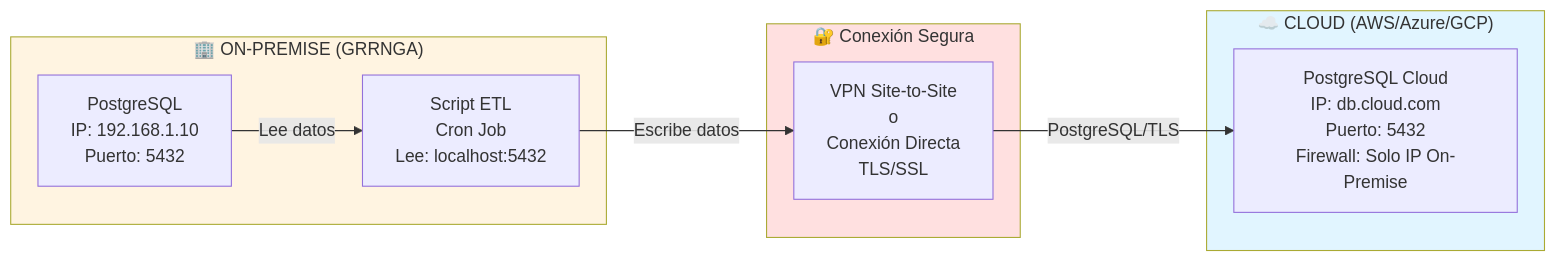
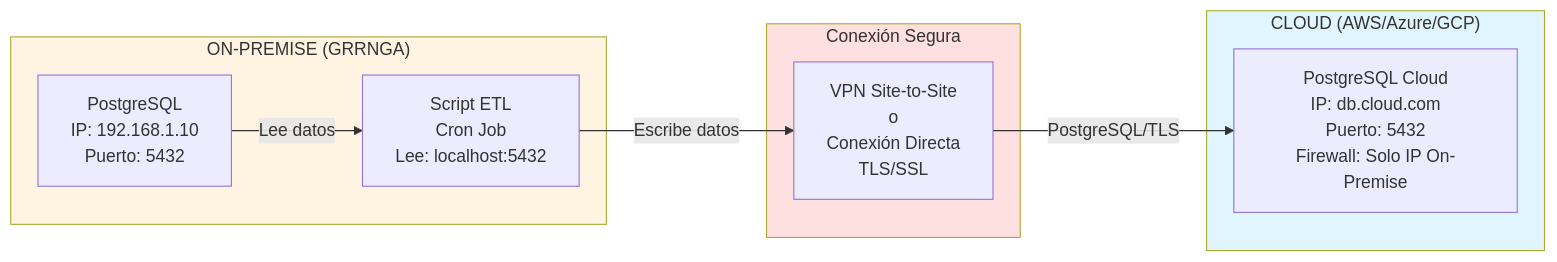
Before and after one commit to cesarujos2/SIAR: the third of 3 diagrams in README.md, drawn with Mermaid. The commit also changed other lines of this file, not shown here.

````diff
--- a/README.md
+++ b/README.md
@@ -1434,23 +1434,23 @@
 ```mermaid
 graph LR
-    subgraph ONPREM["🏢 ON-PREMISE (GRRNGA)"]
+    subgraph ONPREM["ON-PREMISE (GRRNGA)"]
         POSTGRES_LOCAL[PostgreSQL<br/>IP: 192.168.1.10<br/>Puerto: 5432]
         ETL_CRON[Script ETL<br/>Cron Job<br/>Lee: localhost:5432]
     end
     
-    subgraph CONEXION["🔐 Conexión Segura"]
+    subgraph CONEXION["Conexión Segura"]
         VPN[VPN Site-to-Site<br/>o<br/>Conexión Directa<br/>TLS/SSL]
     end
     
-    subgraph CLOUD_BD["☁️ CLOUD (AWS/Azure/GCP)"]
+    subgraph CLOUD_BD["CLOUD (AWS/Azure/GCP)"]
         POSTGRES_CLOUD[PostgreSQL Cloud<br/>IP: db.cloud.com<br/>Puerto: 5432<br/>Firewall: Solo IP On-Premise]
     end
     
     POSTGRES_LOCAL -->|Lee datos| ETL_CRON
     ETL_CRON -->|Escribe datos| VPN
     VPN -->|PostgreSQL/TLS| POSTGRES_CLOUD
     
     style ONPREM fill:#fff4e1
     style CONEXION fill:#ffe0e0
     style CLOUD_BD fill:#e1f5ff
 ```
````
